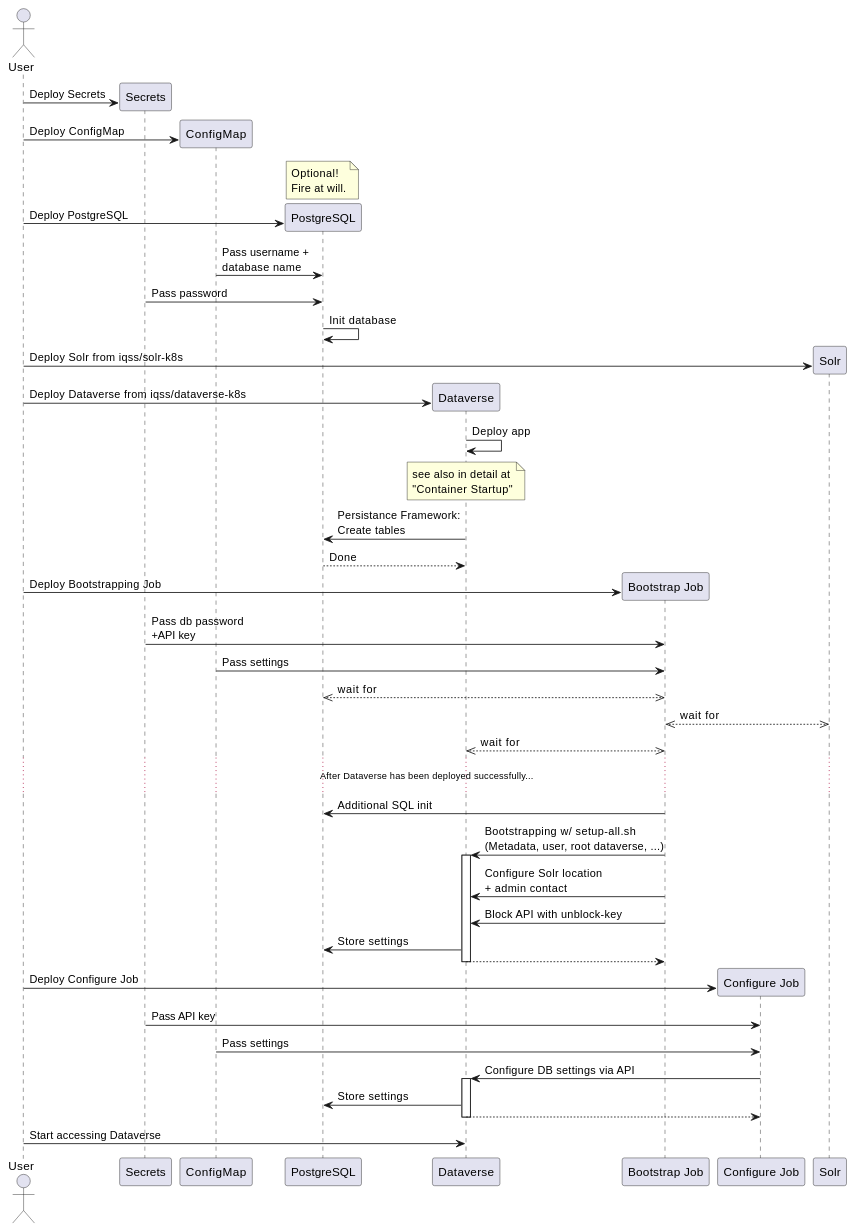
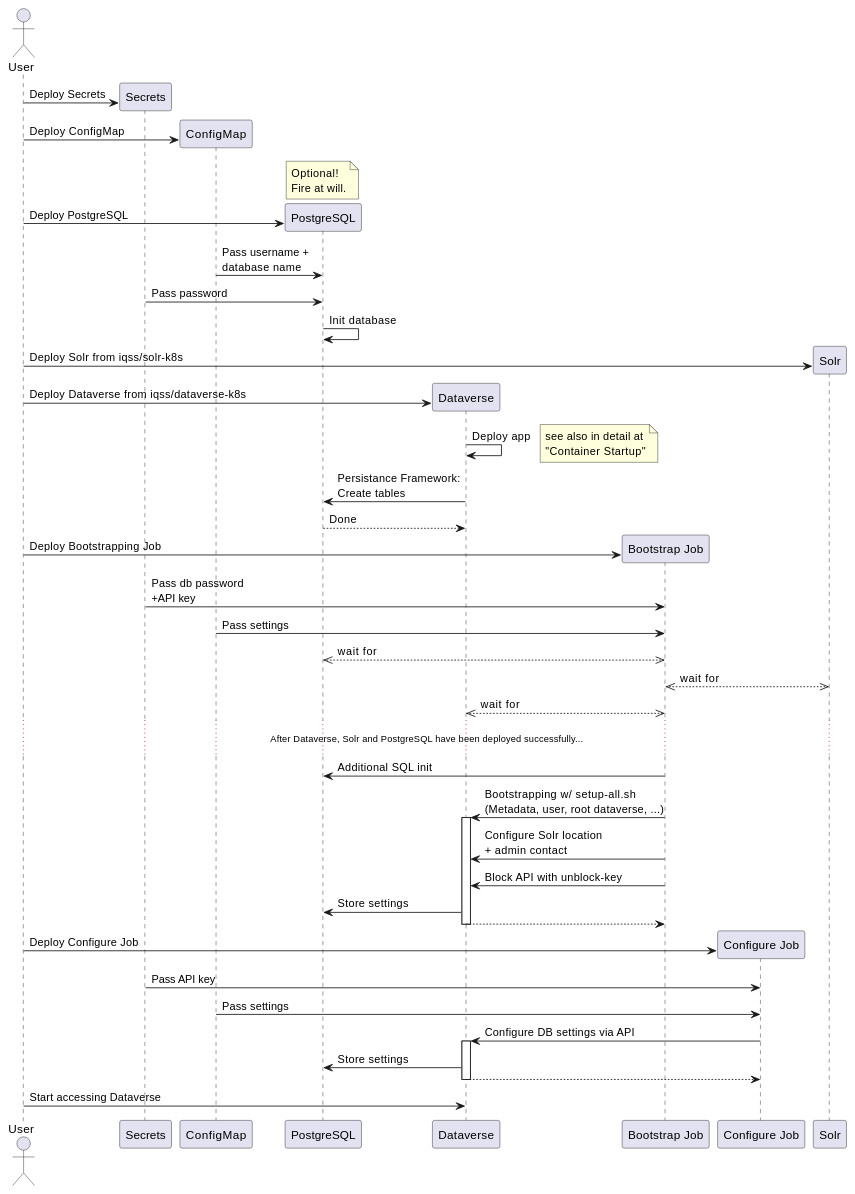
One commit to HyperSpec-FDM/dataverse-kubernetes changed the first of 2 diagrams in docs/how-it-works.md. Above: the diagram before and after it, drawn with PlantUML. The commit also changed other lines of this file, not shown here.

Commit message:
Small tweaks to diagrams.

```diff
--- a/docs/how-it-works.md
+++ b/docs/how-it-works.md
@@ -11,59 +11,59 @@
   @startuml
   actor User
   participant "Secrets" as S
   participant "ConfigMap" as CM
   participant "PostgreSQL" as P
   participant "Dataverse" as D
   participant "Bootstrap Job" as BJ
   participant "Configure Job" as CJ
 
   participant "Solr"
 
   create S
   User -> S: Deploy Secrets
   create CM
   User -> CM: Deploy ConfigMap
   note over P: Optional!\nFire at will.
   create P
   User -> P: Deploy PostgreSQL
   CM -> P: Pass username +\ndatabase name
   S -> P: Pass password
   P -> P: Init database
 
   create Solr
   User -> Solr: Deploy Solr from iqss/solr-k8s
 
   create D
   User -> D: Deploy Dataverse from iqss/dataverse-k8s
   D -> D: Deploy app
-  note over D: see also in detail at\n"Container Startup"
+  note right: see also in detail at\n"Container Startup"
   D -> P: Persistance Framework:\nCreate tables
   P --> D: Done
 
   create BJ
   User -> BJ: Deploy Bootstrapping Job
   S -> BJ: Pass db password\n+API key
   CM -> BJ: Pass settings
   BJ <<-->> P: wait for
   BJ <<-->> Solr: wait for
   BJ <<-->> D: wait for
-  ...After Dataverse has been deployed successfully......
+  ...After Dataverse, Solr and PostgreSQL have been deployed successfully......
   BJ -> P: Additional SQL init
   BJ -> D: Bootstrapping w/ setup-all.sh\n(Metadata, user, root dataverse, ...)
   activate D
   BJ -> D: Configure Solr location\n+ admin contact
   BJ -> D: Block API with unblock-key
   D -> P: Store settings
   return
 
   create CJ
   User -> CJ: Deploy Configure Job
   S -> CJ: Pass API key
   CM -> CJ: Pass settings
   CJ -> D: Configure DB settings via API
   activate D
   D -> P: Store settings
   return
 
   User -> D: Start accessing Dataverse
   @enduml
```
